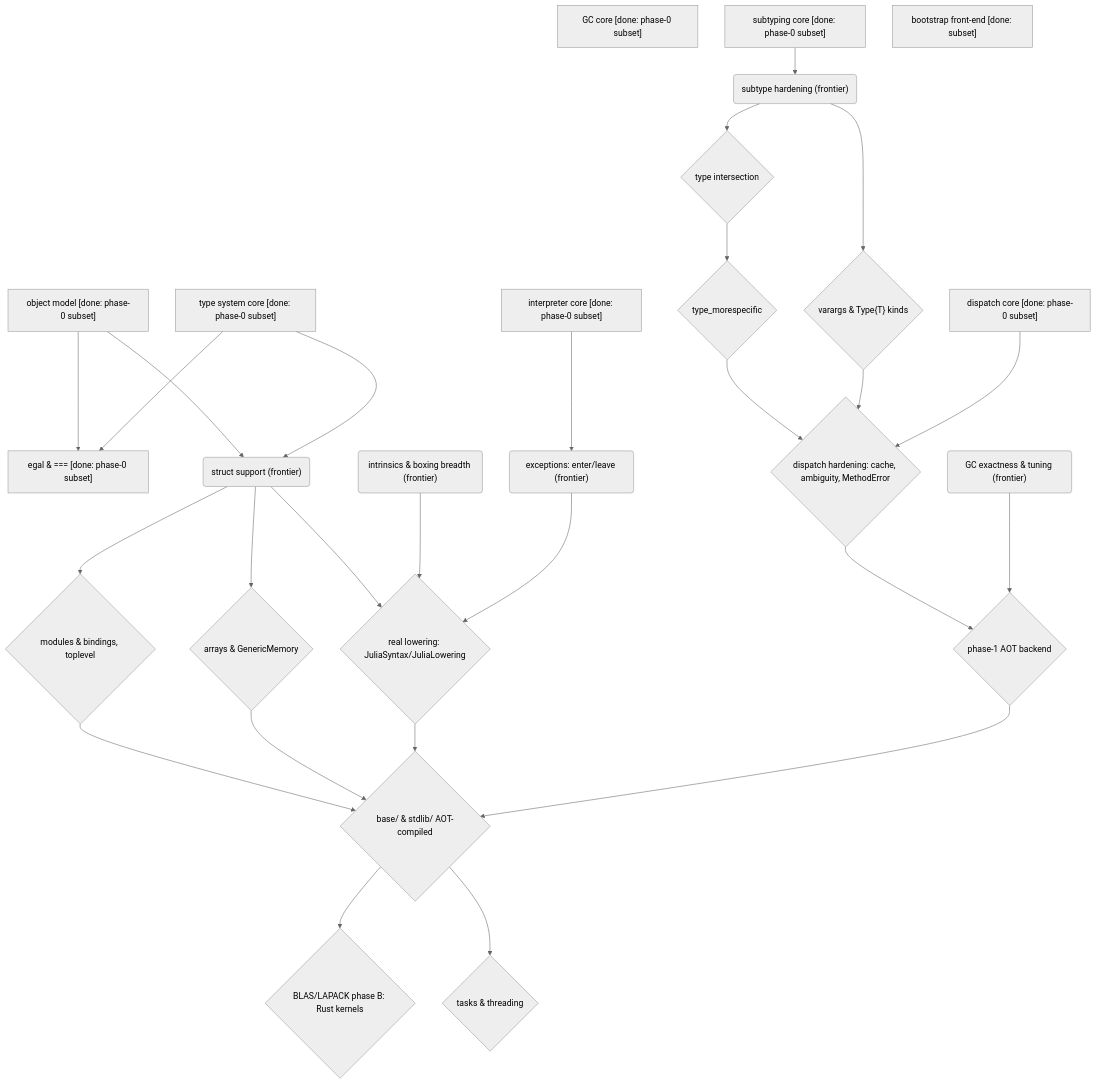
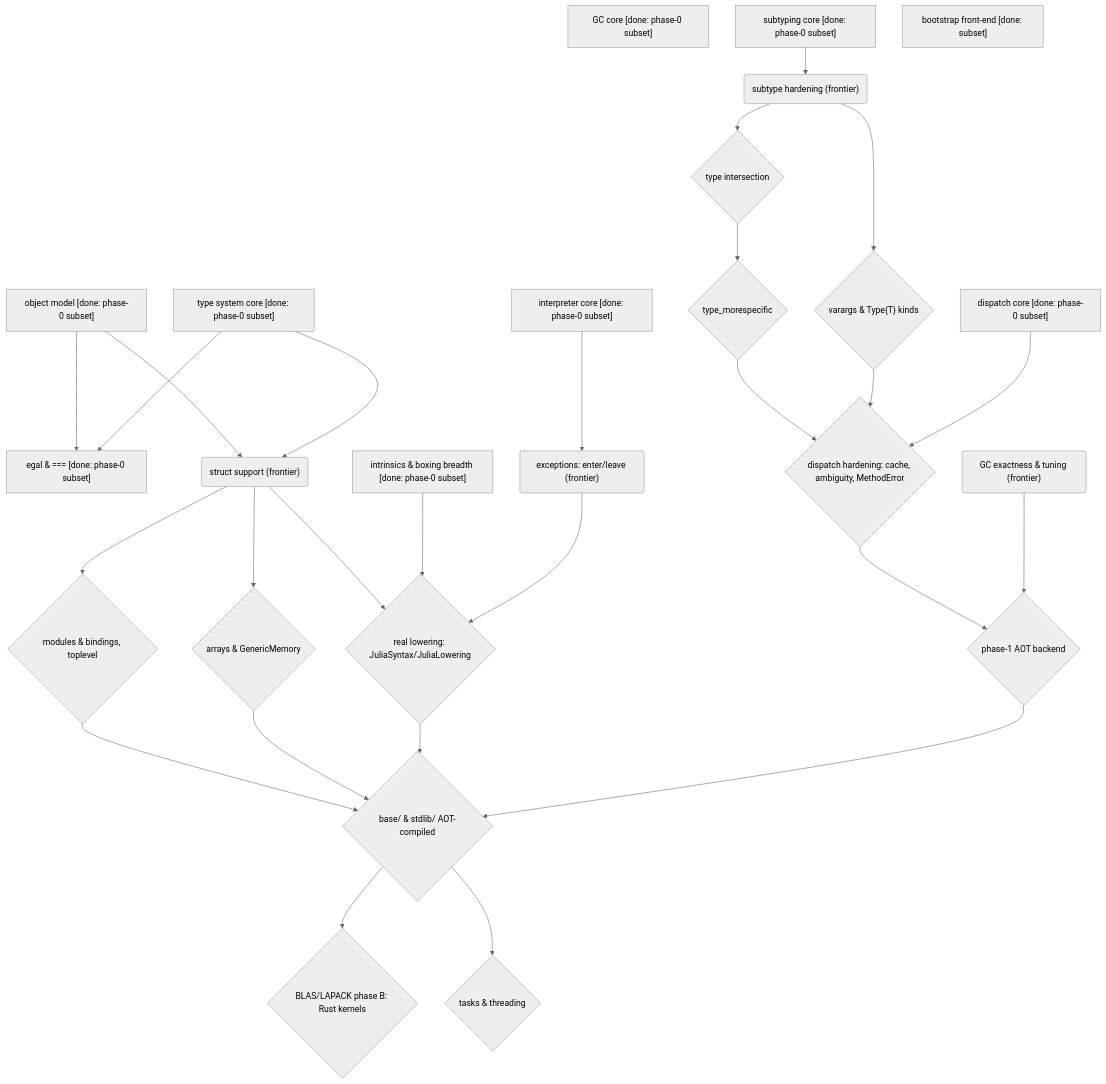
The diagram in design/strategy.md (andy-emerson/Ruju), drawn with Mermaid (neutral theme) before and after one commit. The commit also changed other lines of this file and 9 other files, not shown here.

````diff
--- a/design/strategy.md
+++ b/design/strategy.md
@@ -86,55 +86,55 @@
 ```mermaid
 flowchart TD
     OBJ["object model [done: phase-0 subset]"]
     GC0["GC core [done: phase-0 subset]"]
     TYPES["type system core [done: phase-0 subset]"]
     SUB0["subtyping core [done: phase-0 subset]"]
     DISP0["dispatch core [done: phase-0 subset]"]
     INTERP0["interpreter core [done: phase-0 subset]"]
     FE0["bootstrap front-end [done: subset]"]
 
     EGAL["egal & === [done: phase-0 subset]"]
     STRUCTS("struct support (frontier)")
-    INTRIN("intrinsics & boxing breadth (frontier)")
+    INTRIN["intrinsics & boxing breadth [done: phase-0 subset]"]
     GCX("GC exactness & tuning (frontier)")
     SUBX("subtype hardening (frontier)")
     EXC("exceptions: enter/leave (frontier)")
 
     ISECT{"type intersection"}
     MORESPEC{"type_morespecific"}
     VARARG{"varargs & Type{T} kinds"}
     DISPX{"dispatch hardening: cache, ambiguity, MethodError"}
     ARRAYS{"arrays & GenericMemory"}
     MODULES{"modules & bindings, toplevel"}
     LOWER{"real lowering: JuliaSyntax/JuliaLowering"}
     AOT{"phase-1 AOT backend"}
     BASE{"base/ & stdlib/ AOT-compiled"}
     BLAS{"BLAS/LAPACK phase B: Rust kernels"}
     TASKS{"tasks & threading"}
 
     OBJ --> STRUCTS
     TYPES --> STRUCTS
     OBJ --> EGAL
     TYPES --> EGAL
     SUB0 --> SUBX
     SUBX --> ISECT
     SUBX --> VARARG
     ISECT --> MORESPEC
     MORESPEC --> DISPX
     VARARG --> DISPX
     DISP0 --> DISPX
     STRUCTS --> ARRAYS
     STRUCTS --> MODULES
     INTERP0 --> EXC
     STRUCTS --> LOWER
     INTRIN --> LOWER
     EXC --> LOWER
     MODULES --> BASE
     ARRAYS --> BASE
     LOWER --> BASE
     AOT --> BASE
     DISPX --> AOT
     GCX --> AOT
     BASE --> BLAS
     BASE --> TASKS
 ```
````
